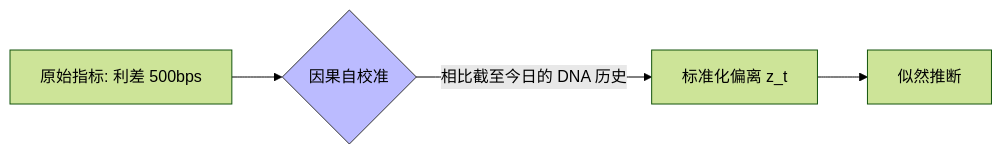
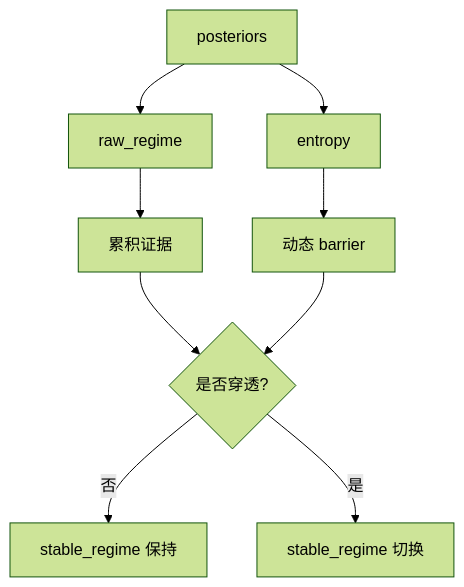
The seventh of 10 diagrams in docs/V11_5_USER_PHILOSOPHY.md (yutaofr/qqq-buyer-monitor), drawn with Mermaid (forest theme) before and after one commit. The commit also changed other lines of this file and 1 other file, not shown here.

````diff
--- a/docs/V11_5_USER_PHILOSOPHY.md
+++ b/docs/V11_5_USER_PHILOSOPHY.md
@@ -304,7 +376,11 @@
 ```mermaid
-graph LR
-    A[原始指标: 利差 500bps] --> B{因果自校准}
-    B -- 相比截至今日的 DNA 历史 --> C[标准化偏离 z_t]
-    C --> D[似然推断]
-    style B fill:#bbf,stroke:#333
+flowchart TD
+    A[posteriors] --> B[raw_regime]
+    A --> C[entropy]
+    B --> D[累积证据]
+    C --> E[动态 barrier]
+    D --> F{是否穿透?}
+    E --> F
+    F -- 否 --> G[stable_regime 保持]
+    F -- 是 --> H[stable_regime 切换]
 ```
````
